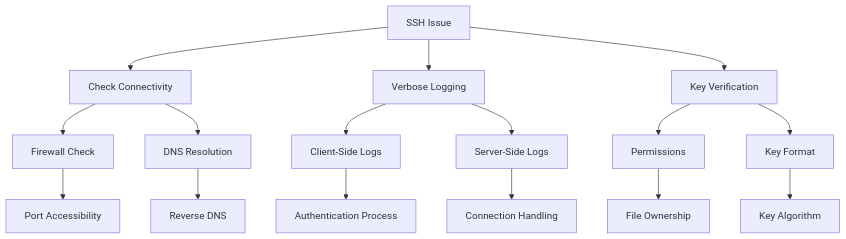
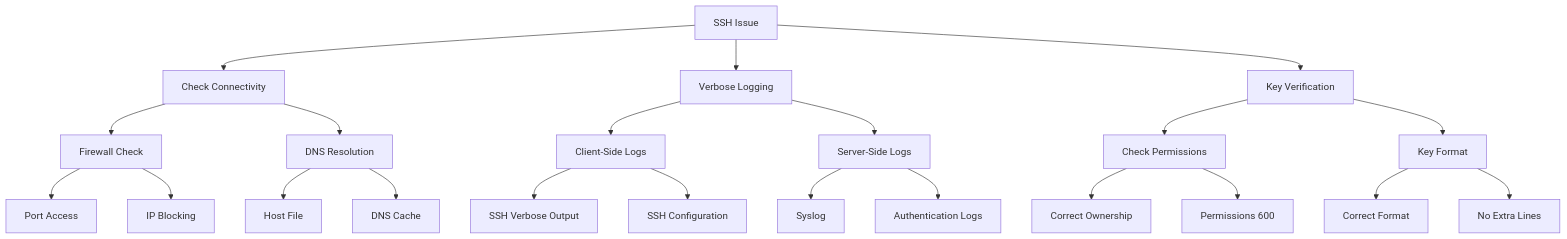
The fifth of 5 diagrams in mastering-ssh-part-one/3 - Intermediate SSH Usage.md (cipherbite/mastering-linux), drawn with Mermaid before and after one commit. The commit also changed other lines of this file, not shown here.

Commit message:
Update 3 - Intermediate SSH Usage.md

````diff
--- a/mastering-ssh-part-one/3 - Intermediate SSH Usage.md
+++ b/mastering-ssh-part-one/3 - Intermediate SSH Usage.md
@@ -432,18 +440,24 @@
 ```mermaid
 graph TD
     A[SSH Issue] --> B[Check Connectivity]
     A --> C[Verbose Logging]
     A --> D[Key Verification]
     B --> E[Firewall Check]
     B --> F[DNS Resolution]
     C --> G[Client-Side Logs]
     C --> H[Server-Side Logs]
-    D --> I[Permissions]
+    D --> I[Check Permissions]
     D --> J[Key Format]
-    E --> K[Port Accessibility]
-    F --> L[Reverse DNS]
-    G --> M[Authentication Process]
-    H --> N[Connection Handling]
-    I --> O[File Ownership]
-    J --> P[Key Algorithm]
+    E --> K[Port Access]
+    E --> L[IP Blocking]
+    F --> M[Host File]
+    F --> N[DNS Cache]
+    G --> O[SSH Verbose Output]
+    G --> P[SSH Configuration]
+    H --> Q[Syslog]
+    H --> R[Authentication Logs]
+    I --> S[Correct Ownership]
+    I --> T[Permissions 600]
+    J --> U[Correct Format]
+    J --> V[No Extra Lines]
 ```
````
